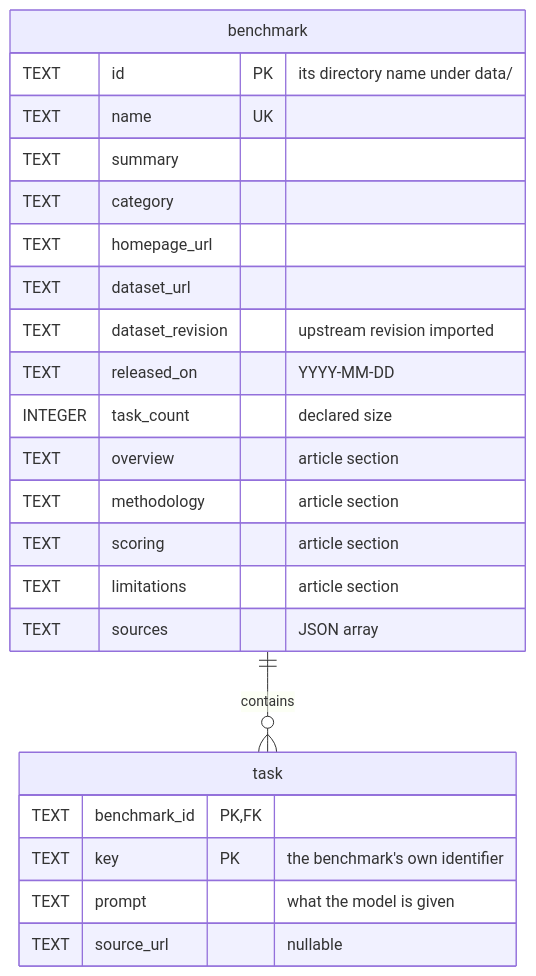
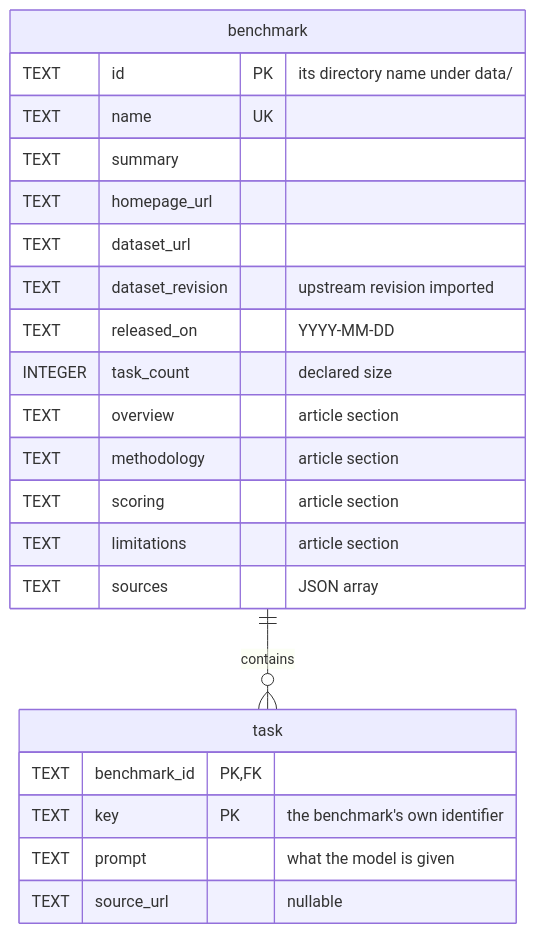
The diagram in README.md (khooeee/benchopedia), drawn with Mermaid before and after one commit. The commit also changed 6 other files, not shown here.

````diff
--- a/README.md
+++ b/README.md
@@ -27,27 +27,26 @@
 ```mermaid
 erDiagram
     benchmark ||--o{ task : contains
 
     benchmark {
         TEXT id PK "its directory name under data/"
         TEXT name UK
         TEXT summary
-        TEXT category
         TEXT homepage_url
         TEXT dataset_url
         TEXT dataset_revision "upstream revision imported"
         TEXT released_on "YYYY-MM-DD"
         INTEGER task_count "declared size"
         TEXT overview "article section"
         TEXT methodology "article section"
         TEXT scoring "article section"
         TEXT limitations "article section"
         TEXT sources "JSON array"
     }
     task {
         TEXT benchmark_id PK, FK
         TEXT key PK "the benchmark's own identifier"
         TEXT prompt "what the model is given"
         TEXT source_url "nullable"
     }
 ```
````
